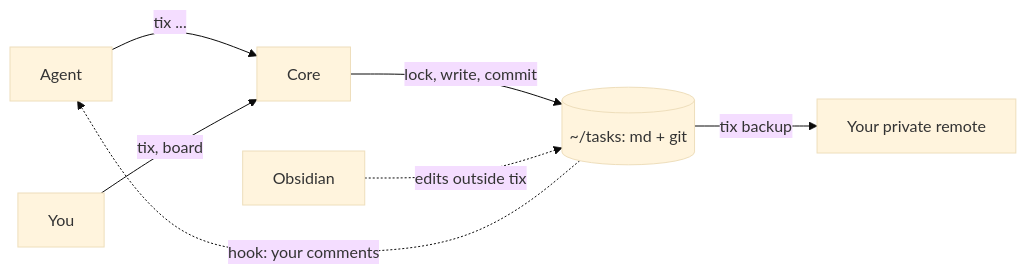
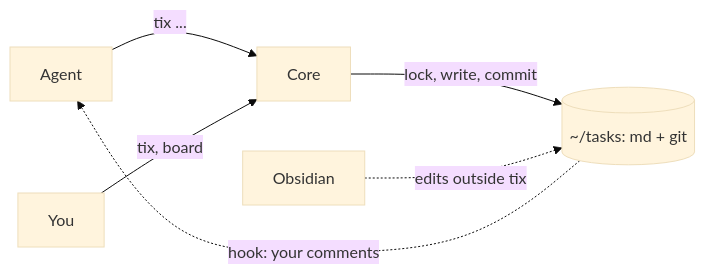
One commit to daniil4545/tix changed the diagram in docs/how-it-works.md. Above: the diagram before and after it, drawn with Mermaid (base theme). The commit also changed other lines of this file and 54 other files, not shown here.

````diff
--- a/docs/how-it-works.md
+++ b/docs/how-it-works.md
@@ -71,9 +71,8 @@
 ```mermaid
 flowchart LR
   ag["Agent"] -->|"tix ..."| core["Core"]
   hum["You"] -->|"tix, board"| core
   core -->|"lock, write, commit"| repo[("~/tasks: md + git")]
   obs["Obsidian"] -.->|"edits outside tix"| repo
-  repo -->|"tix backup"| bak["Your private remote"]
   repo -.->|"hook: your comments"| ag
 ```
````
